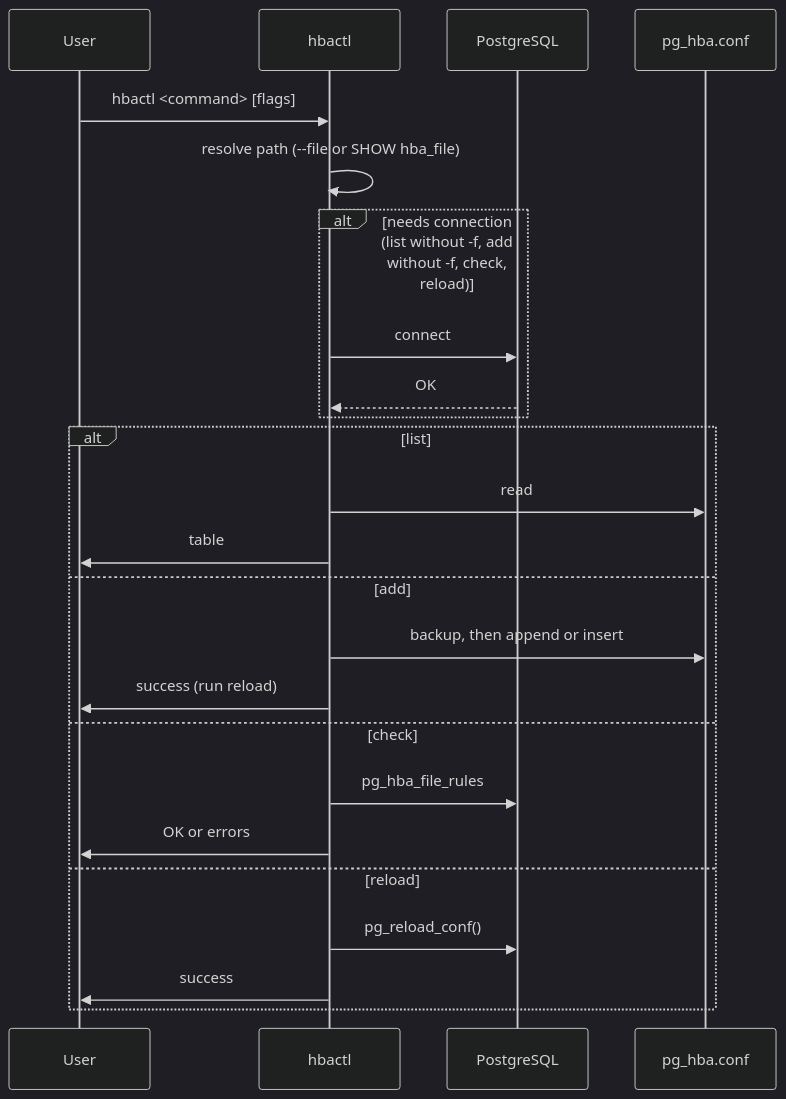
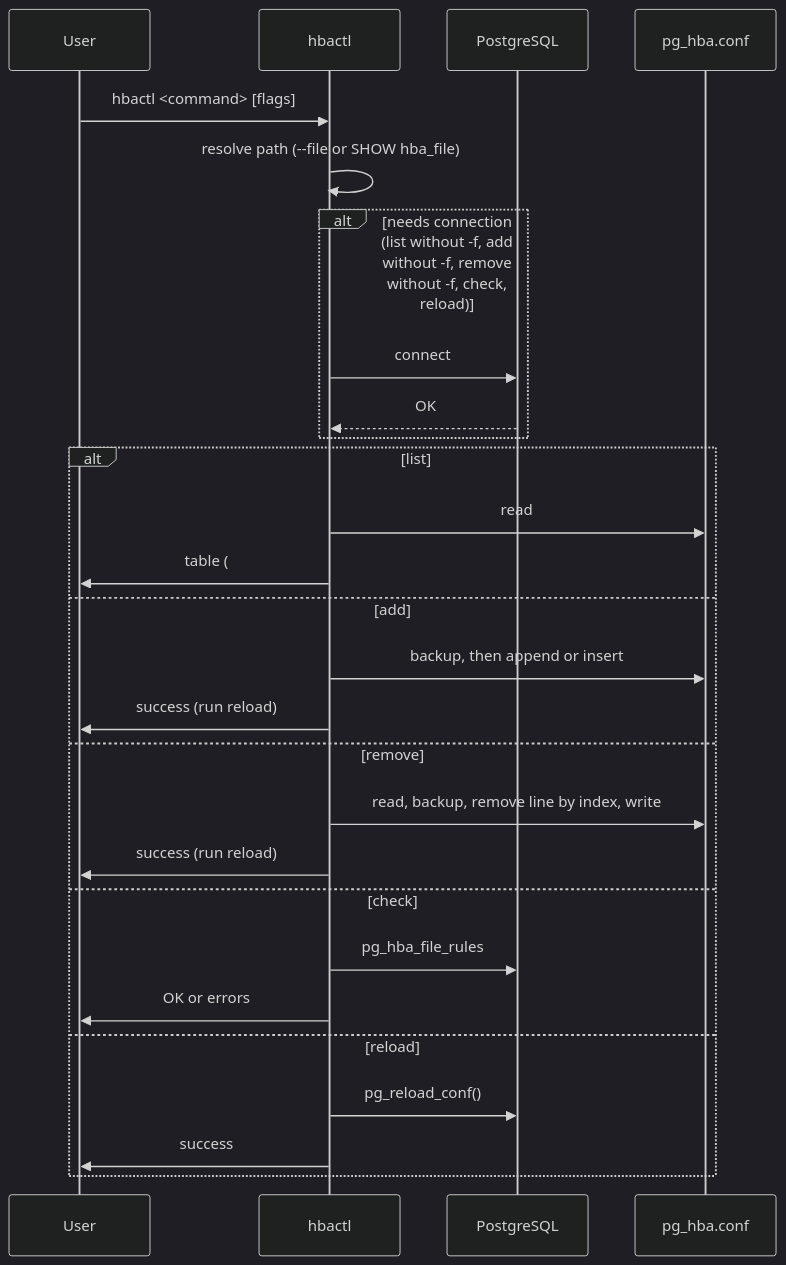
Before and after one commit to hrodrig/hbactl: the diagram in docs/sequence-general.md, drawn with Mermaid (dark theme). The commit also changed other lines of this file and 18 other files, not shown here.

````diff
--- a/docs/sequence-general.md
+++ b/docs/sequence-general.md
@@ -5,29 +5,32 @@
 ```mermaid
 sequenceDiagram
     participant User
     participant hbactl
     participant PostgreSQL
     participant pg_hba.conf
 
     User->>hbactl: hbactl <command> [flags]
     hbactl->>hbactl: resolve path (--file or SHOW hba_file)
 
-    alt needs connection (list without -f, add without -f, check, reload)
+    alt needs connection (list without -f, add without -f, remove without -f, check, reload)
         hbactl->>PostgreSQL: connect
         PostgreSQL-->>hbactl: OK
     end
 
     alt list
         hbactl->>pg_hba.conf: read
-        hbactl->>User: table
+        hbactl->>User: table (# index for remove)
     else add
         hbactl->>pg_hba.conf: backup, then append or insert
+        hbactl->>User: success (run reload)
+    else remove
+        hbactl->>pg_hba.conf: read, backup, remove line by index, write
         hbactl->>User: success (run reload)
     else check
         hbactl->>PostgreSQL: pg_hba_file_rules
         hbactl->>User: OK or errors
     else reload
         hbactl->>PostgreSQL: pg_reload_conf()
         hbactl->>User: success
     end
 ```
````
